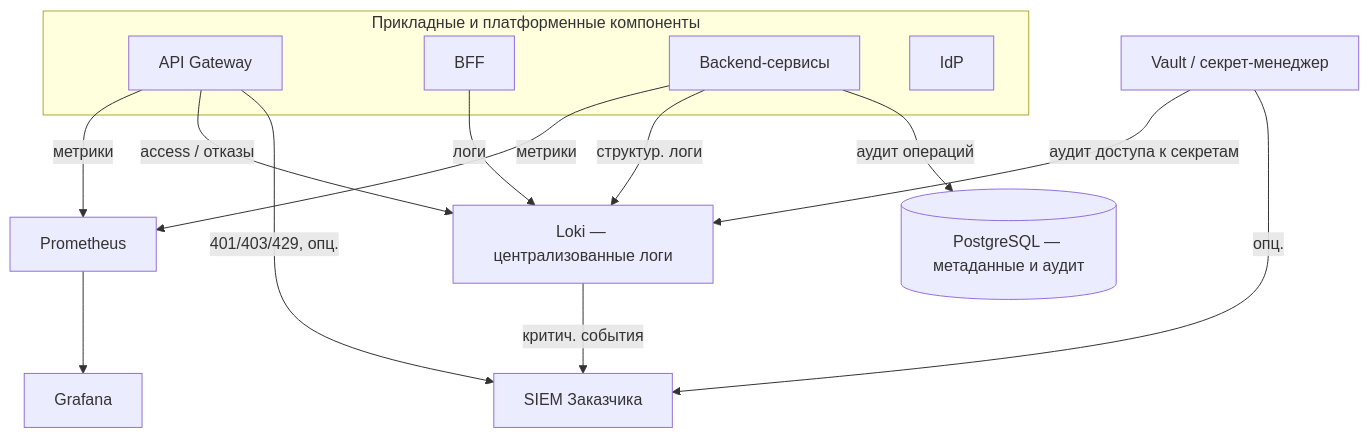
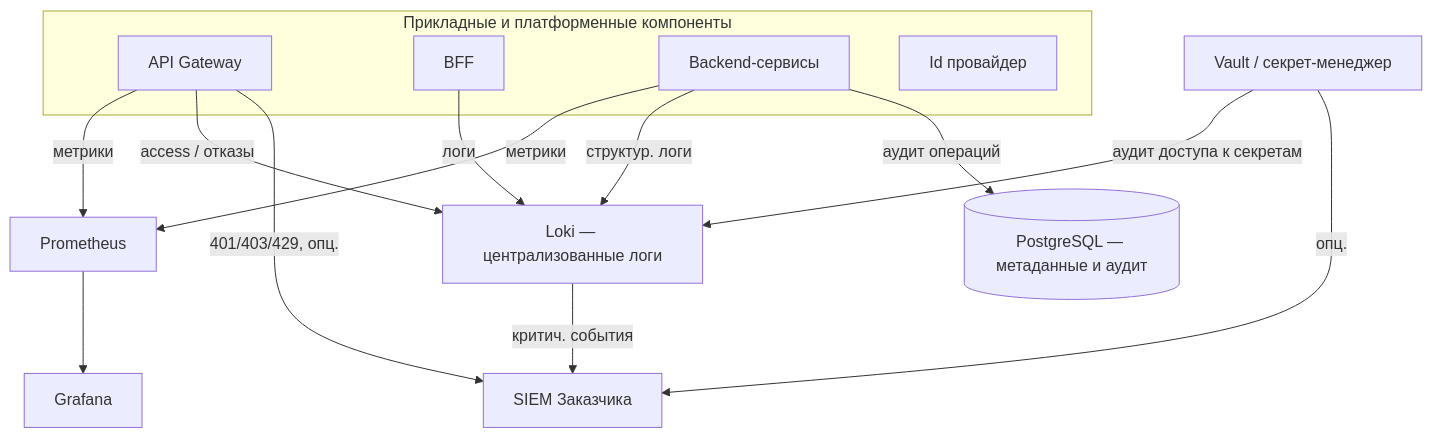
One commit to Trump68/infra changed the seventh of 19 diagrams in TZ/1.Пояснительная записка к техническому проекту.md. Above: the diagram before and after it, drawn with Mermaid. The commit also changed other lines of this file and 1 other file, not shown here.

First line of the commit message:
docs: refine Фармадок architecture documentation with updated terminology and participant names

````diff
--- a/TZ/1.Пояснительная записка к техническому проекту.md
+++ b/TZ/1.Пояснительная записка к техническому проекту.md
@@ -886,27 +902,27 @@
 ```mermaid
 flowchart TB
   subgraph Apps[Прикладные и платформенные компоненты]
     GW[API Gateway]
     BFF[BFF]
     BE[Backend-сервисы]
-    IdP[IdP]
+    IdP[Id провайдер]
   end
   Vault[Vault / секрет-менеджер]
   DB[(PostgreSQL — метаданные и аудит)]
   Prom[Prometheus]
   Graf[Grafana]
   Loki[Loki — централизованные логи]
   SIEM[SIEM Заказчика]
 
   GW -->|метрики| Prom
   BE -->|метрики| Prom
   Prom --> Graf
   GW -->|access / отказы| Loki
   BE -->|структур. логи| Loki
   BFF -->|логи| Loki
   BE -->|аудит операций| DB
   GW -->|401/403/429, опц.| SIEM
   Vault -->|аудит доступа к секретам| Loki
   Vault -->|опц.| SIEM
   Loki -->|критич. события| SIEM
 ```
````
